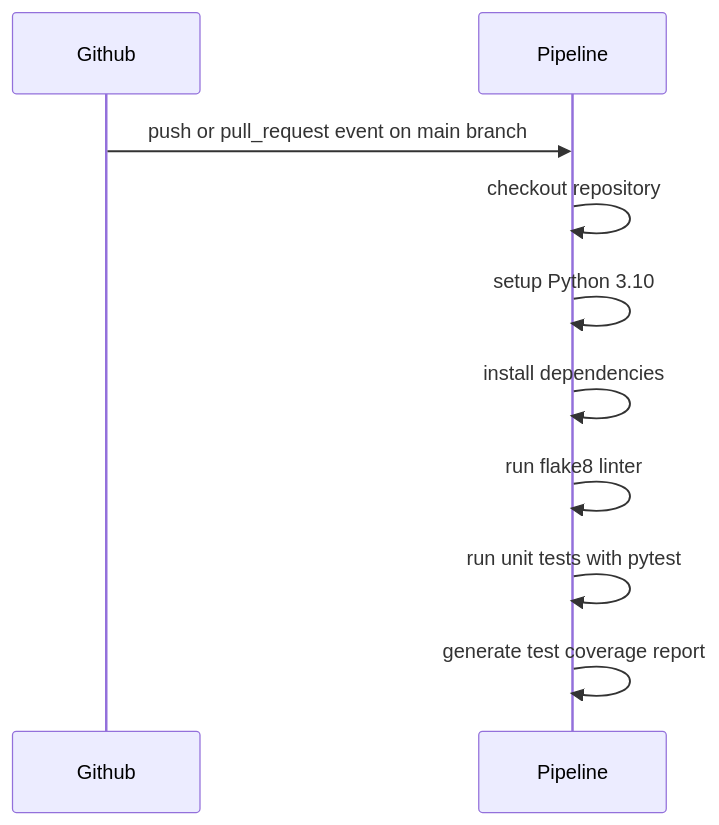
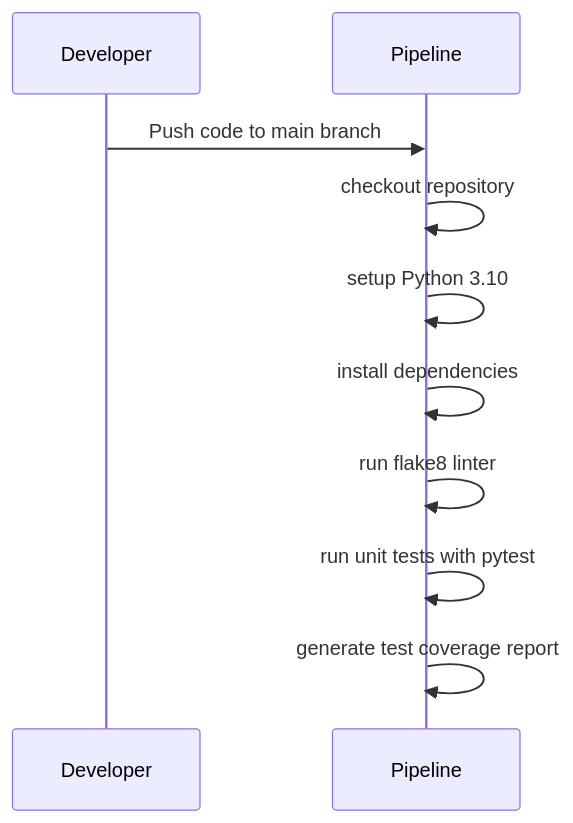
Before and after one commit to justphos/lernfeld8: the first of 2 diagrams in sequenzdiagramm.md, drawn with Mermaid. The commit also changed other lines of this file, not shown here.

````diff
--- a/sequenzdiagramm.md
+++ b/sequenzdiagramm.md
@@ -1,10 +1,12 @@
 ```mermaid
 sequenceDiagram
-    Github->>Pipeline: push or pull_request event on main branch
+    participant Developer
+    participant Pipeline
+    Developer->>Pipeline: Push code to main branch
     Pipeline->>Pipeline: checkout repository
     Pipeline->>Pipeline: setup Python 3.10
     Pipeline->>Pipeline: install dependencies
     Pipeline->>Pipeline: run flake8 linter
     Pipeline->>Pipeline: run unit tests with pytest
     Pipeline->>Pipeline: generate test coverage report
 ```
````
